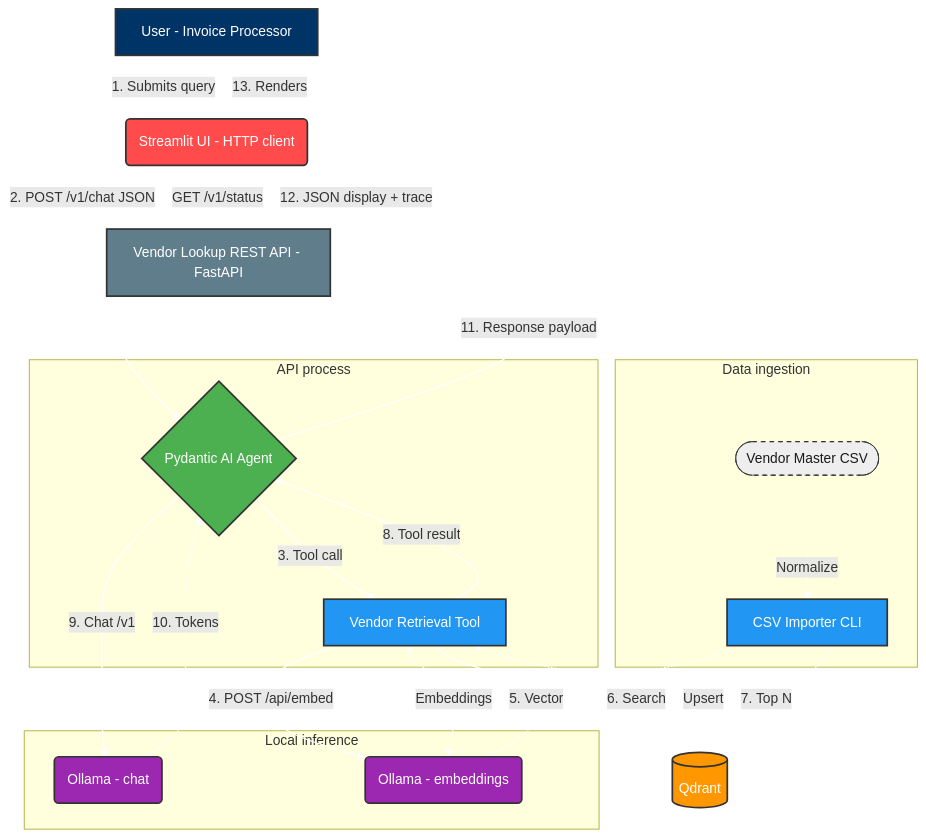
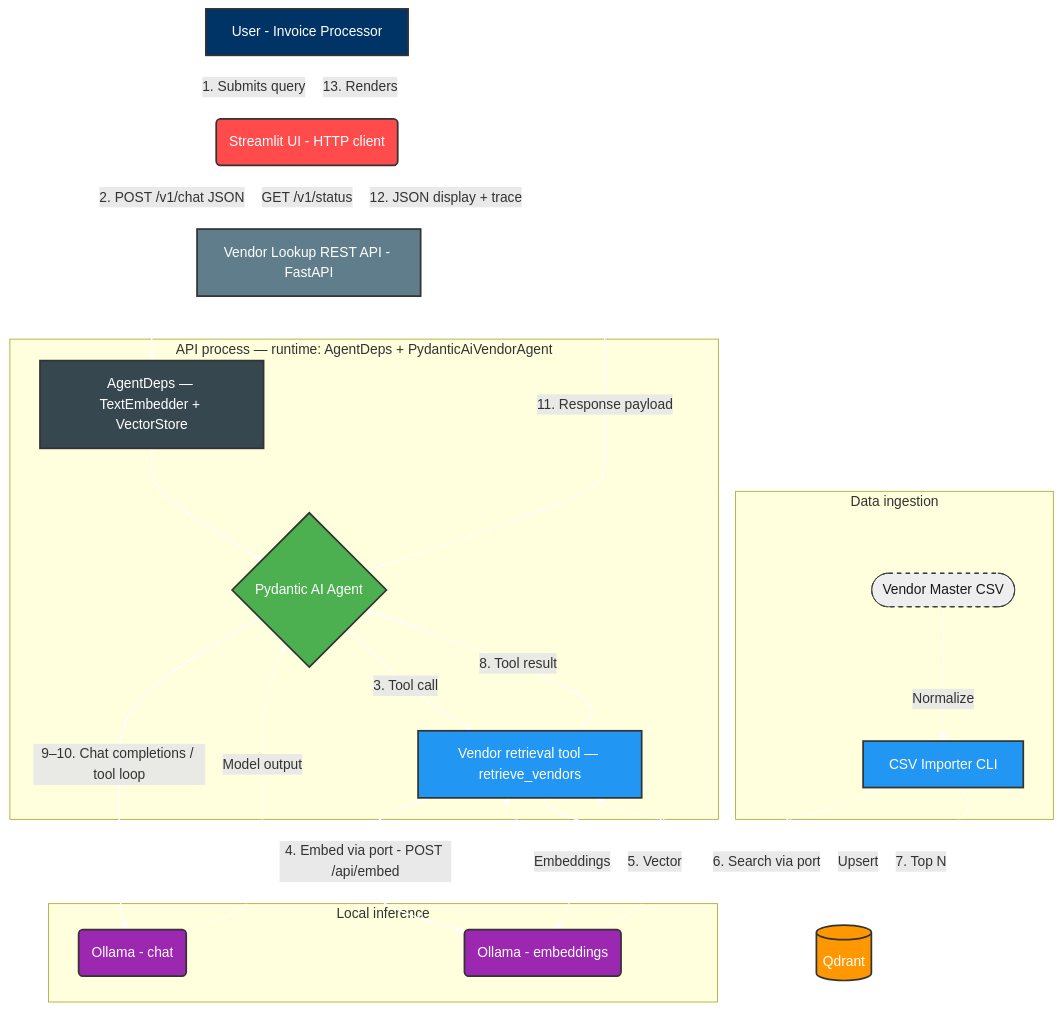
One commit to deepanbiswas/vendor-lookup-rag changed the first of 2 diagrams in docs/architecture.md. Above: the diagram before and after it, drawn with Mermaid. The commit also changed other lines of this file, not shown here.

First line of the commit message:
Update architecture.md: ports/adapters, OpenAPI, and diagram accuracy

````diff
--- a/docs/architecture.md
+++ b/docs/architecture.md
@@ -58,55 +60,58 @@
 ```mermaid
 graph TD
     classDef user fill:#003366,stroke:#333,stroke-width:2px,color:#fff;
     classDef ui fill:#ff4b4b,stroke:#333,stroke-width:2px,color:#fff;
     classDef api fill:#607d8b,stroke:#333,stroke-width:2px,color:#fff;
     classDef agent fill:#4caf50,stroke:#333,stroke-width:2px,color:#fff;
     classDef tool fill:#2196f3,stroke:#333,stroke-width:2px,color:#fff;
     classDef llm fill:#9c27b0,stroke:#333,stroke-width:2px,color:#fff;
     classDef db fill:#ff9800,stroke:#333,stroke-width:2px,color:#fff;
     classDef file fill:#eee,stroke:#333,stroke-width:1px,color:#1a1a1a,stroke-dasharray: 5 5;
+    classDef deps fill:#37474f,stroke:#333,stroke-width:2px,color:#fff;
 
     U[User - Invoice Processor]:::user
     UI(Streamlit UI - HTTP client):::ui
     REST[Vendor Lookup REST API - FastAPI]:::api
 
-    subgraph apiProc [API process]
+    subgraph apiProc [API process — runtime: AgentDeps + PydanticAiVendorAgent]
+        DEPS[AgentDeps — TextEmbedder + VectorStore]:::deps
         A{Pydantic AI Agent}:::agent
-        T[Vendor Retrieval Tool]:::tool
+        T[Vendor retrieval tool — retrieve_vendors]:::tool
     end
 
     subgraph LocalInference [Local inference]
         O_LLM(Ollama - chat):::llm
         O_EMB(Ollama - embeddings):::llm
     end
 
     DB[(Qdrant)]:::db
 
     subgraph DataIngestion [Data ingestion]
         CSV_File([Vendor Master CSV]):::file
         Ingest[CSV Importer CLI]:::tool
     end
 
     U -->|1. Submits query| UI
     UI -->|2. POST /v1/chat JSON| REST
-    REST --> A
+    REST --> DEPS
+    DEPS --> A
     A -->|3. Tool call| T
-    T -->|4. POST /api/embed| O_EMB
+    T -->|4. Embed via port - POST /api/embed| O_EMB
     O_EMB -.->|5. Vector| T
-    T -->|6. Search| DB
+    T -->|6. Search via port| DB
     DB -.->|7. Top N| T
     T -->|8. Tool result| A
-    A -->|9. Chat /v1| O_LLM
-    O_LLM -.->|10. Tokens| A
+    A -->|9–10. Chat completions / tool loop| O_LLM
+    O_LLM -.->|Model output| A
     A -->|11. Response payload| REST
     REST -->|12. JSON display + trace| UI
     UI -->|13. Renders| U
 
     UI -.->|GET /v1/status| REST
 
     CSV_File -.->|Normalize| Ingest
     Ingest -.->|Embeddings| O_EMB
     Ingest -.->|Upsert| DB
 
     linkStyle default stroke:#fff,stroke-width:1.5px;
 ```
````
